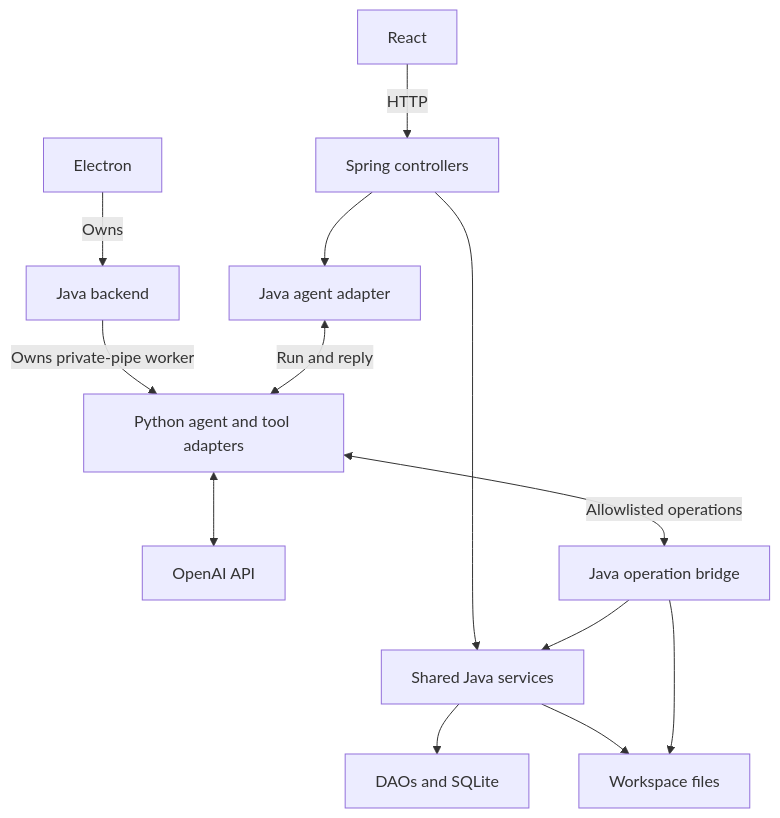
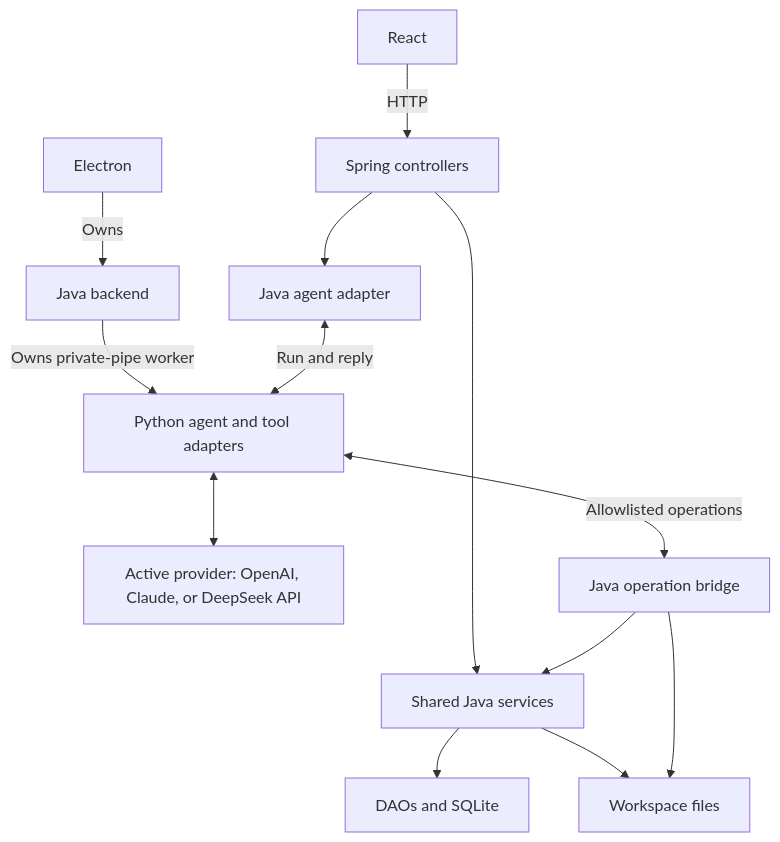
The diagram in docs/DEVELOPMENT.md (phanmi/tyler_agent), drawn with Mermaid before and after one commit. The commit also changed other lines of this file and 80 other files, not shown here.

````diff
--- a/docs/DEVELOPMENT.md
+++ b/docs/DEVELOPMENT.md
@@ -113,15 +113,15 @@
 ```mermaid
 flowchart TB
     UI[React] -->|HTTP| Controllers[Spring controllers]
     Desktop[Electron] -->|Owns| Java[Java backend]
     Controllers --> Adapter[Java agent adapter]
     Java -->|Owns private-pipe worker| Python[Python agent and tool adapters]
     Adapter <-->|Run and reply| Python
-    Python <--> OpenAI[OpenAI API]
+    Python <--> Provider[Active provider: OpenAI, Claude, or DeepSeek API]
     Python <-->|Allowlisted operations| Bridge[Java operation bridge]
     Controllers --> Services[Shared Java services]
     Bridge --> Services
     Services --> Data[DAOs and SQLite]
     Services --> Files[Workspace files]
     Bridge --> Files
 ```
````
